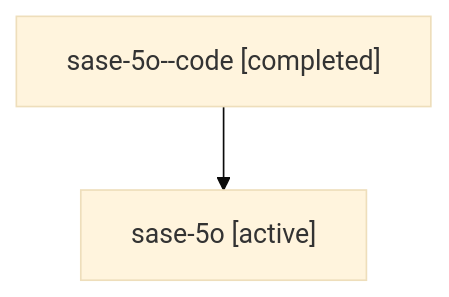
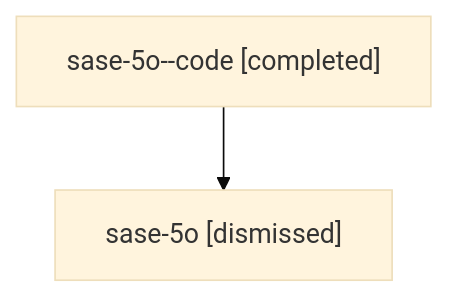
Before and after one commit to sase-org/sase--agents: the diagram in sessions/bbugyi200.athena.sase-5o.md, drawn with Mermaid (base theme). The commit also changed other lines of this file and 11 other files, not shown here.

````diff
--- a/sessions/bbugyi200.athena.sase-5o.md
+++ b/sessions/bbugyi200.athena.sase-5o.md
@@ -9,6 +9,6 @@
 ```mermaid
 flowchart TD
   n0["sase-5o--code [completed]"]
-  n1["sase-5o [active]"]
+  n1["sase-5o [dismissed]"]
   n0 --> n1
 ```
````
